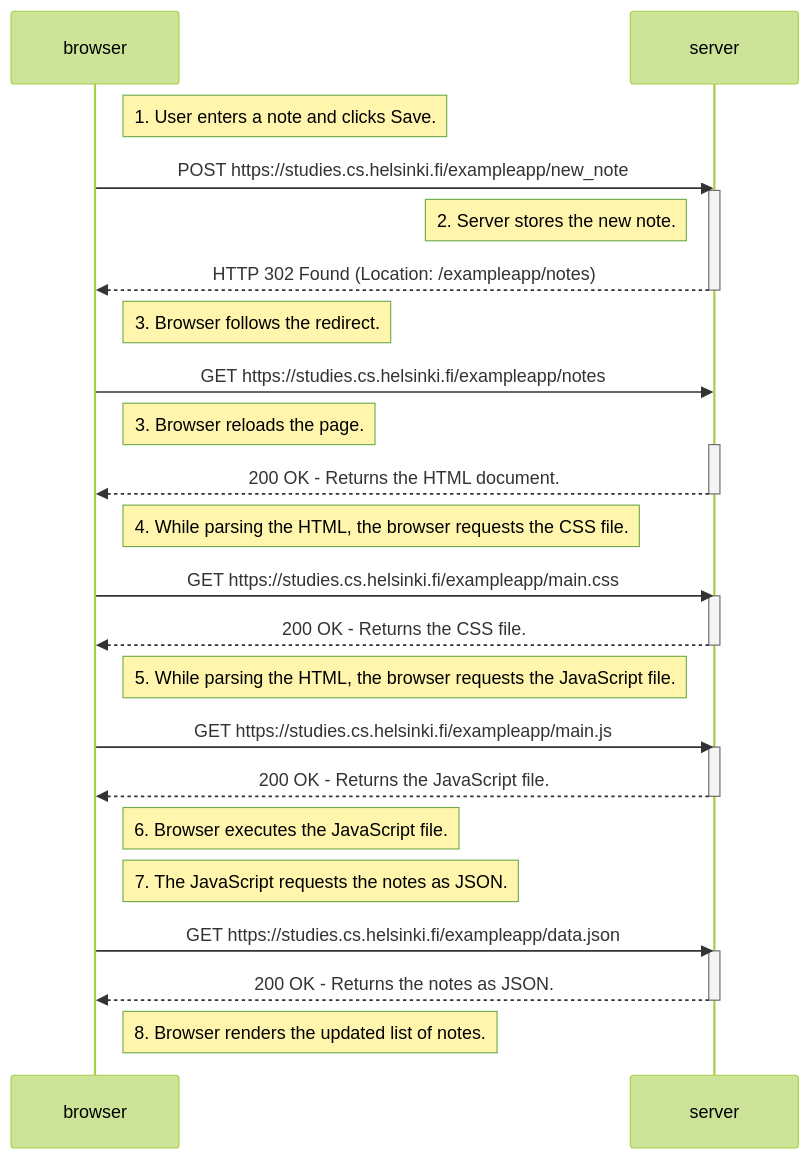
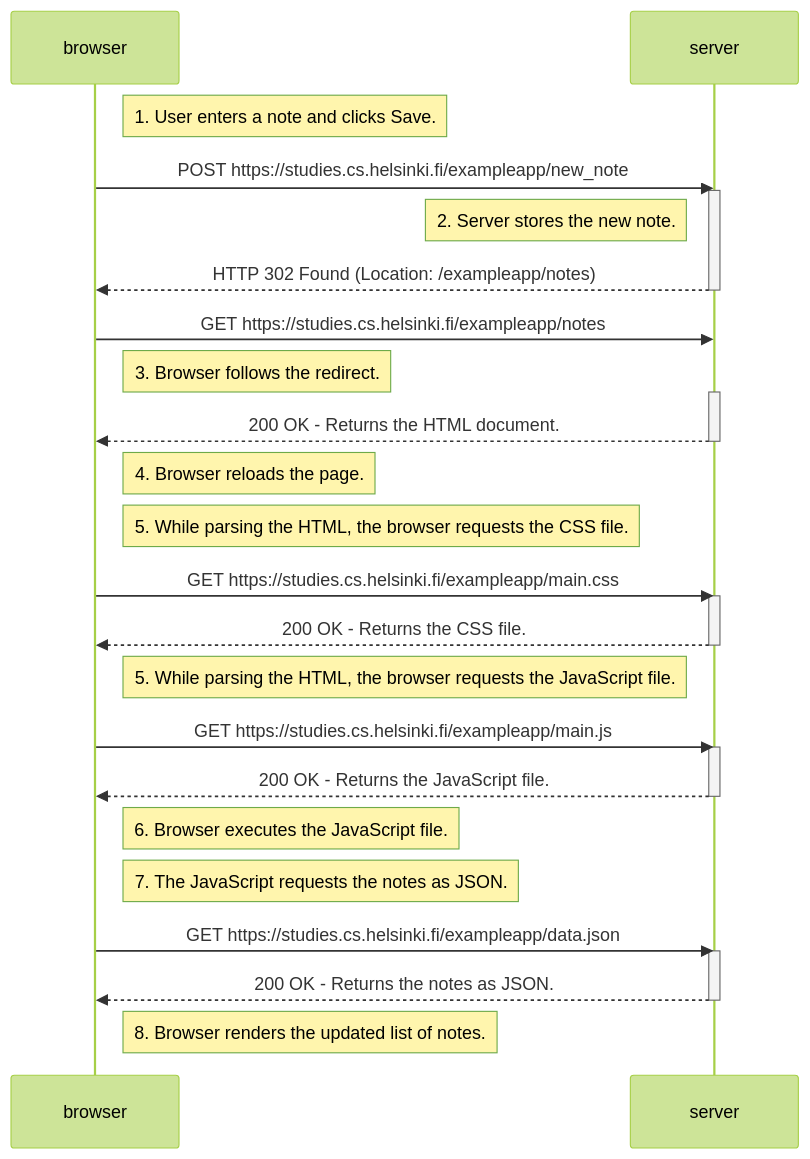
The diagram in osa0/0.4.md (DrFinger2/fullstackopen-2026), drawn with Mermaid (forest theme) before and after one commit.

````diff
--- a/osa0/0.4.md
+++ b/osa0/0.4.md
@@ -1,40 +1,41 @@
 ```mermaid
 sequenceDiagram
     participant browser
     participant server
 
     Note right of browser: 1. User enters a note and clicks Save.
     browser->>server: POST https://studies.cs.helsinki.fi/exampleapp/new_note
     activate server
     Note left of server: 2. Server stores the new note.
     server-->>browser: HTTP 302 Found (Location: /exampleapp/notes)
     deactivate server
 
+    
+    browser->>server: GET https://studies.cs.helsinki.fi/exampleapp/notes
     Note right of browser: 3. Browser follows the redirect.
-    browser->>server: GET https://studies.cs.helsinki.fi/exampleapp/notes
-    Note right of browser: 3. Browser reloads the page.
     activate server
     server-->>browser: 200 OK - Returns the HTML document.
     deactivate server
+    Note right of browser: 4. Browser reloads the page.
 
-    Note right of browser: 4. While parsing the HTML, the browser requests the CSS file.
+    Note right of browser: 5. While parsing the HTML, the browser requests the CSS file.
     browser->>server: GET https://studies.cs.helsinki.fi/exampleapp/main.css
     activate server
     server-->>browser: 200 OK - Returns the CSS file.
     deactivate server
 
     Note right of browser: 5. While parsing the HTML, the browser requests the JavaScript file.
     browser->>server: GET https://studies.cs.helsinki.fi/exampleapp/main.js
     activate server
     server-->>browser: 200 OK - Returns the JavaScript file.
     deactivate server
 
     Note right of browser: 6. Browser executes the JavaScript file.
     Note right of browser: 7. The JavaScript requests the notes as JSON.
     browser->>server: GET https://studies.cs.helsinki.fi/exampleapp/data.json
     activate server
     server-->>browser: 200 OK - Returns the notes as JSON.
     deactivate server
 
     Note right of browser: 8. Browser renders the updated list of notes.
 ```
````
